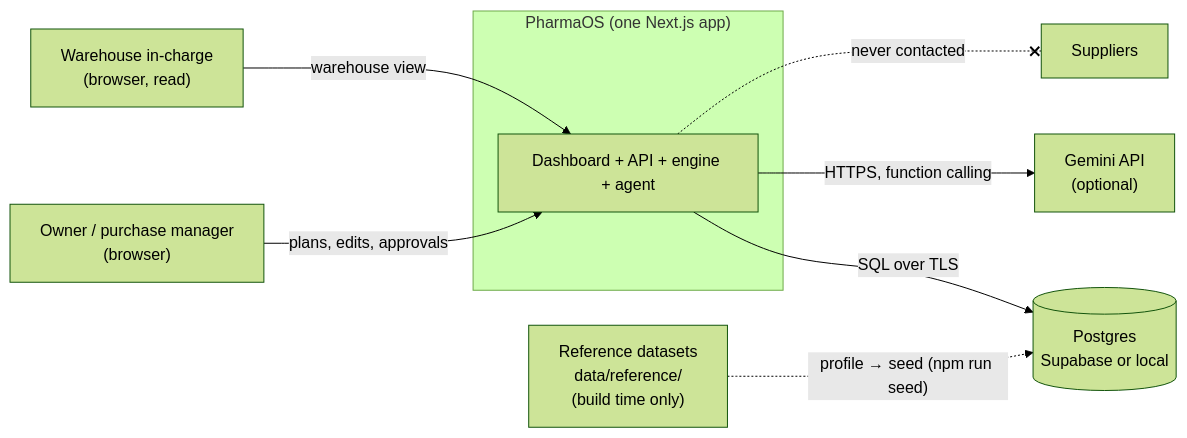
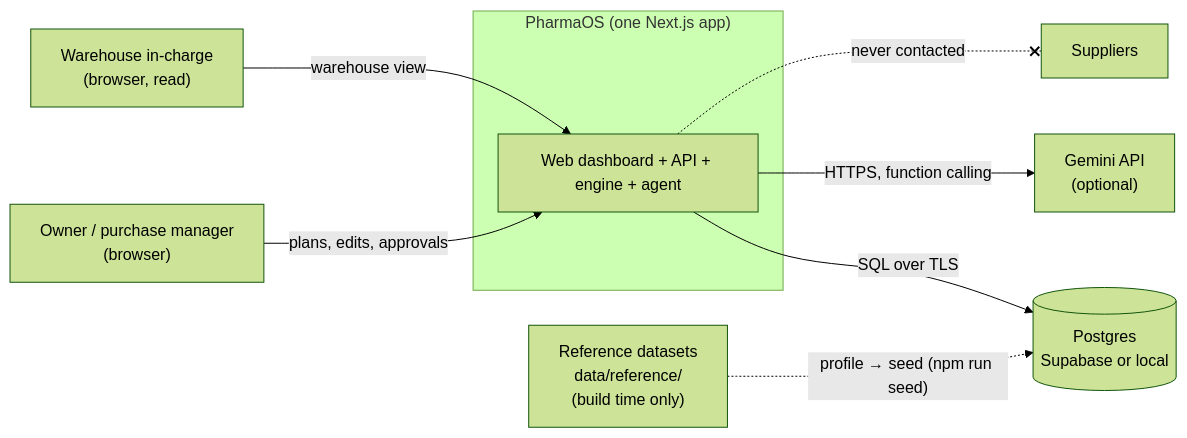
One commit to rushshah973/pharmaos changed the first of 21 diagrams in architecture.md. Above: the diagram before and after it, drawn with Mermaid (forest theme). The commit also changed other lines of this file and 4 other files, not shown here.

Commit message:
docs: state PharmaOS is a web-based dashboard (desktop-first, tablet-ready)

````diff
--- a/architecture.md
+++ b/architecture.md
@@ -33,19 +34,19 @@
 ```mermaid
 flowchart LR
     owner["Owner / purchase manager<br/>(browser)"]
     wh["Warehouse in-charge<br/>(browser, read)"]
     subgraph pharmaos["PharmaOS (one Next.js app)"]
-        app["Dashboard + API + engine + agent"]
+        app["Web dashboard + API + engine + agent"]
     end
     db[("Postgres<br/>Supabase or local")]
     gemini["Gemini API<br/>(optional)"]
     refs["Reference datasets<br/>data/reference/<br/>(build time only)"]
     suppliers["Suppliers"]
 
     owner -- "plans, edits, approvals" --> app
     wh -- "warehouse view" --> app
     app -- "SQL over TLS" --> db
     app -- "HTTPS, function calling" --> gemini
     refs -. "profile → seed (npm run seed)" .-> db
     app -. "never contacted" .-x suppliers
 ```
````
